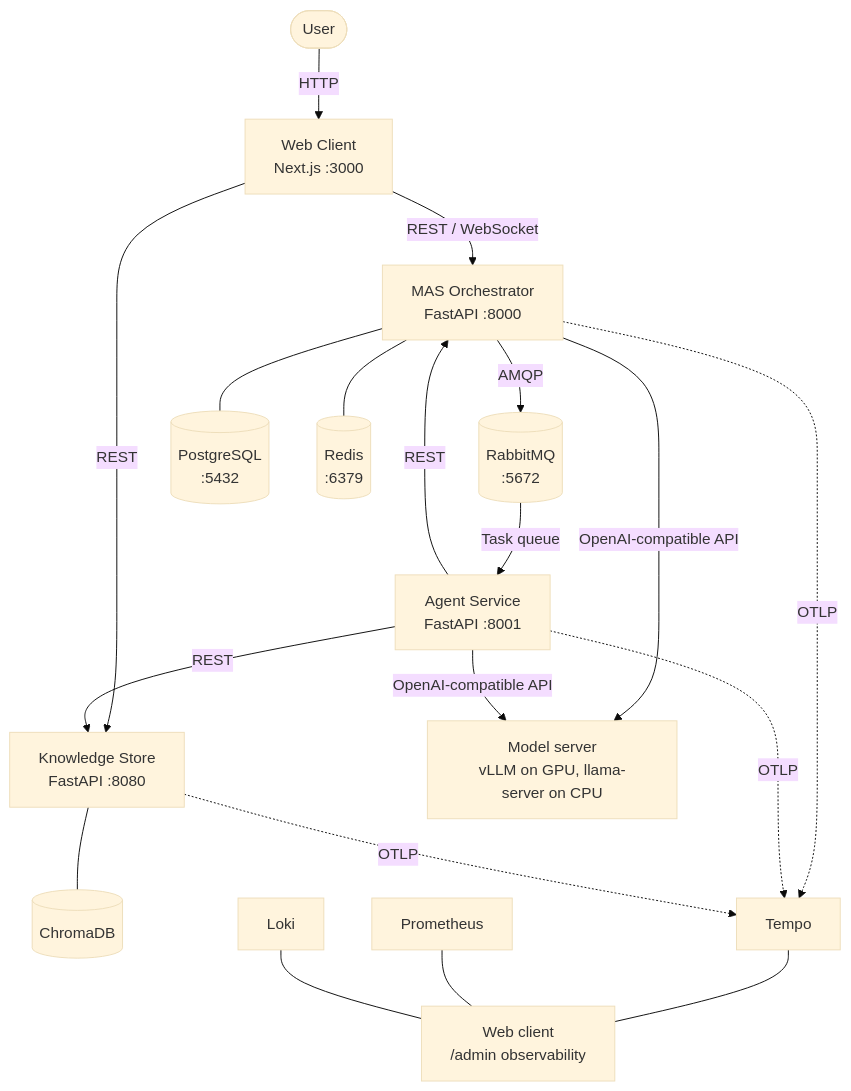
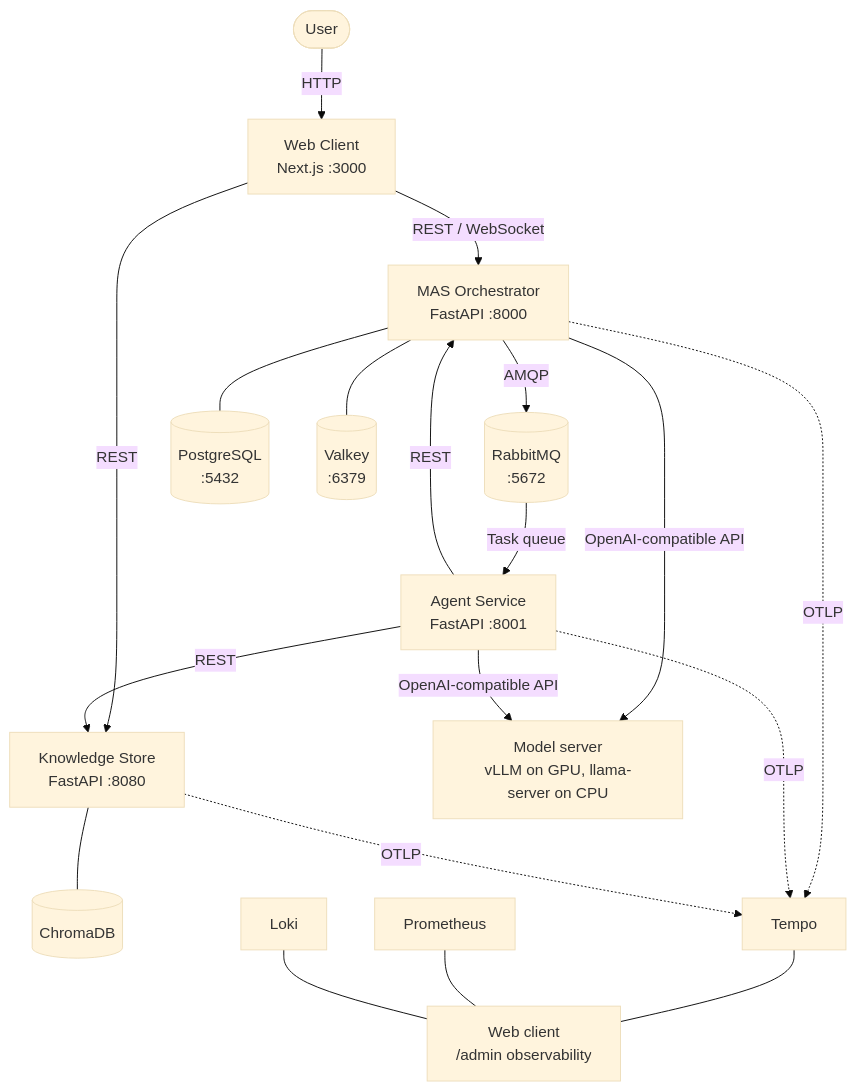
The diagram in README.md (Horus-EIP/horus), drawn with Mermaid (base theme) before and after one commit. The commit also changed other lines of this file and 7 other files, not shown here.

First line of the commit message:
[~] Compose: Valkey instead of Redis

````diff
--- a/README.md
+++ b/README.md
@@ -86,21 +86,21 @@
 ```mermaid
 graph TB
     User([User]) -->|HTTP| Web[Web Client<br/>Next.js :3000]
     Web -->|REST / WebSocket| MAS[MAS Orchestrator<br/>FastAPI :8000]
     Web -->|REST| KS
     MAS -->|AMQP| RMQ[(RabbitMQ<br/>:5672)]
     RMQ -->|Task queue| Agent[Agent Service<br/>FastAPI :8001]
     Agent -->|REST| MAS
     Agent -->|REST| KS[Knowledge Store<br/>FastAPI :8080]
     KS --- Chroma[(ChromaDB)]
     MAS --- PG[(PostgreSQL<br/>:5432)]
-    MAS --- Redis[(Redis<br/>:6379)]
+    MAS --- Redis[(Valkey<br/>:6379)]
     MAS -->|OpenAI-compatible API| LLM[Model server<br/>vLLM on GPU, llama-server on CPU]
     Agent -->|OpenAI-compatible API| LLM
     MAS -.->|OTLP| Tempo[Tempo]
     Agent -.->|OTLP| Tempo
     KS -.->|OTLP| Tempo
     Tempo --- Admin[Web client<br/>/admin observability]
     Prometheus[Prometheus] --- Admin
     Loki[Loki] --- Admin
 ```
````
